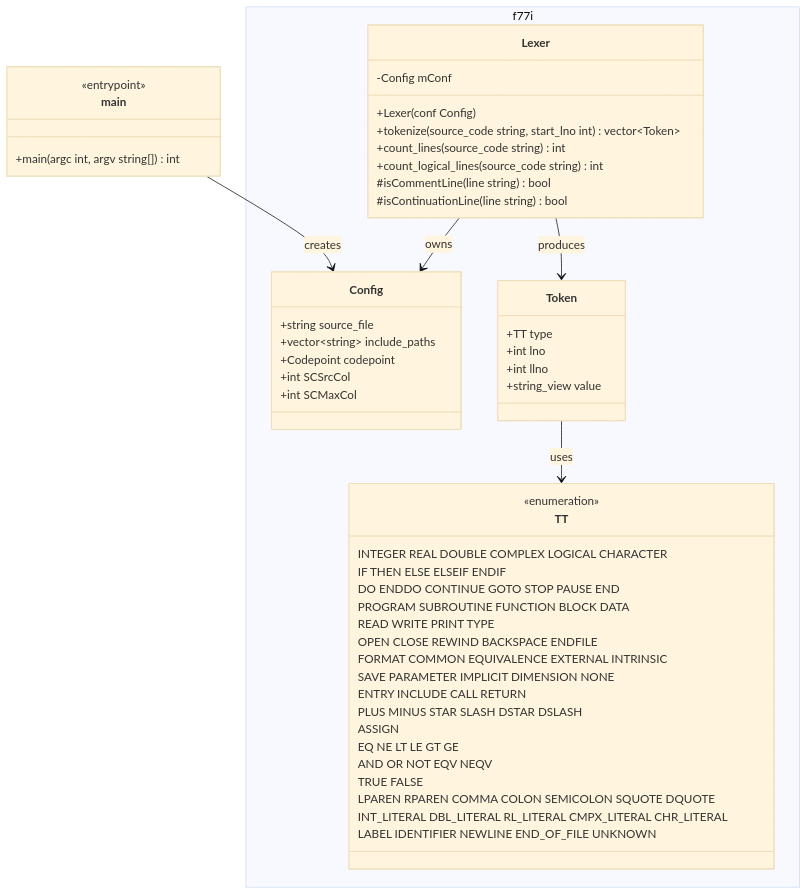
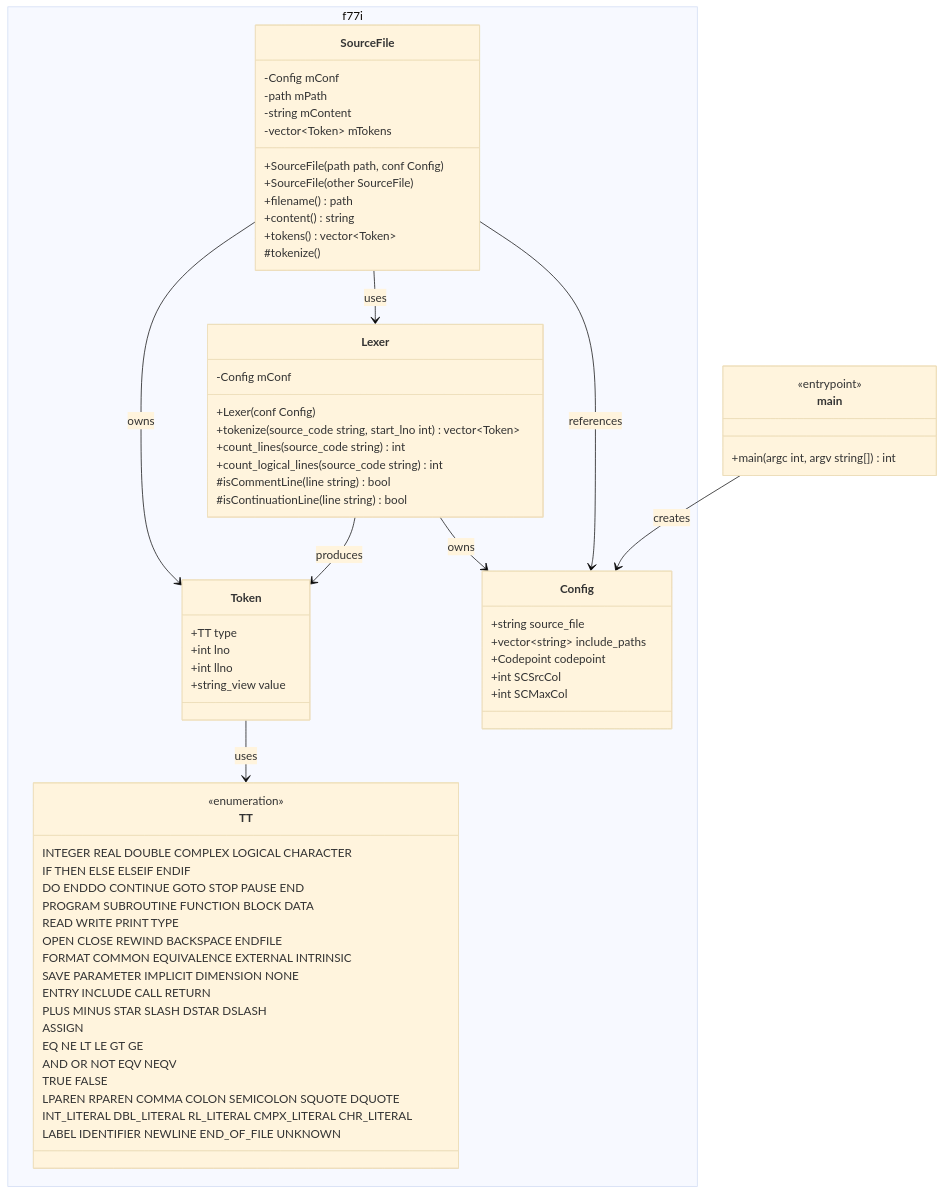
One commit to armandli/f77interpret changed the diagram in docs/memory/architecture.md. Above: the diagram before and after it, drawn with Mermaid (base theme). The commit also changed 3 other files, not shown here.

````diff
--- a/docs/memory/architecture.md
+++ b/docs/memory/architecture.md
@@ -7,55 +7,70 @@
 ```mermaid
 classDiagram
     namespace f77i {
         class Config {
             +string source_file
             +vector~string~ include_paths
             +Codepoint codepoint
             +int SCSrcCol
             +int SCMaxCol
         }
         class TT {
             <<enumeration>>
             INTEGER REAL DOUBLE COMPLEX LOGICAL CHARACTER
             IF THEN ELSE ELSEIF ENDIF
             DO ENDDO CONTINUE GOTO STOP PAUSE END
             PROGRAM SUBROUTINE FUNCTION BLOCK DATA
             READ WRITE PRINT TYPE
             OPEN CLOSE REWIND BACKSPACE ENDFILE
             FORMAT COMMON EQUIVALENCE EXTERNAL INTRINSIC
             SAVE PARAMETER IMPLICIT DIMENSION NONE
             ENTRY INCLUDE CALL RETURN
             PLUS MINUS STAR SLASH DSTAR DSLASH
             ASSIGN
             EQ NE LT LE GT GE
             AND OR NOT EQV NEQV
             TRUE FALSE
             LPAREN RPAREN COMMA COLON SEMICOLON SQUOTE DQUOTE
             INT_LITERAL DBL_LITERAL RL_LITERAL CMPX_LITERAL CHR_LITERAL
             LABEL IDENTIFIER NEWLINE END_OF_FILE UNKNOWN
         }
         class Token {
             +TT type
             +int lno
             +int llno
             +string_view value
         }
         class Lexer {
             -Config mConf
             +Lexer(conf Config)
             +tokenize(source_code string, start_lno int) vector~Token~
             +count_lines(source_code string) int
             +count_logical_lines(source_code string) int
             #isCommentLine(line string) bool
             #isContinuationLine(line string) bool
         }
+        class SourceFile {
+            -Config mConf
+            -path mPath
+            -string mContent
+            -vector~Token~ mTokens
+            +SourceFile(path path, conf Config)
+            +SourceFile(other SourceFile)
+            +filename() path
+            +content() string
+            +tokens() vector~Token~
+            #tokenize()
+        }
     }
     class main {
         <<entrypoint>>
         +main(argc int, argv string[]) int
     }
     main --> Config : creates
     Token --> TT : uses
     Lexer --> Config : owns
     Lexer --> Token : produces
+    SourceFile --> Config : references
+    SourceFile --> Lexer : uses
+    SourceFile --> Token : owns
 ```
````
